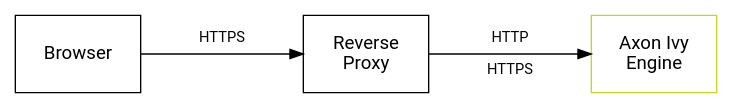
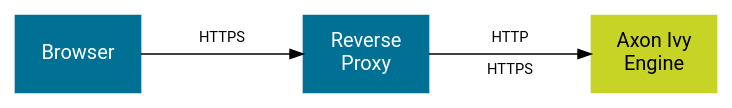
Before and after one commit to bernhardAxonIvy/doc: the diagram in source/engine-guide/integration/reverse-proxy/overview.dot, drawn with Graphviz. The commit also changed 15 other files, not shown here.

First line of the commit message:
XIVY-9337 doc update all dot graphics for wysiwyg (#649)

```diff
--- a/source/engine-guide/integration/reverse-proxy/overview.dot
+++ b/source/engine-guide/integration/reverse-proxy/overview.dot
@@ -1,17 +1,20 @@
 digraph overview {
   layout=neato;
-  node [shape=box, fontname="Roboto,Helvetica Neue,Arial,sans-serif", fixedsize="true", margin=0]; 
+ 
+  node [shape=box, height="0.8", width="2", color="#007095", style=filled, fixedsize="true", margin=0, 
+        fontname="Roboto,Helvetica Neue,Arial,sans-serif", fontcolor="white", fontsize=15
+       ]; 
   
   /* nodes */
   browser [ label="Browser",             pos="0,0!", height="0.8", width="1.3"];
   reverseproxy [ label="Reverse\nProxy", pos="3,0!", height="0.8", width="1.3"];
   engine [label="Axon Ivy\nEngine",      pos="6,0!", height="0.8", width="1.3", color="#C7D426", fontcolor="black"];
   
   /* edges */
   browser -> reverseproxy;
   reverseproxy -> engine;
 
   /* edge labels */
   browserreverseproxy [ label="HTTPS\n \n ",  pos="1.5,0!", height="0.8", width="1.7", shape=none, fillcolor=none, fontcolor="black", fontsize="11" ];
   reverseproxyengine [ label="HTTP\n \nHTTPS",pos="4.5,0!", height="0.8", width="1.7", shape=none, fillcolor=none, fontcolor="black", fontsize="11" ];
 }
```
